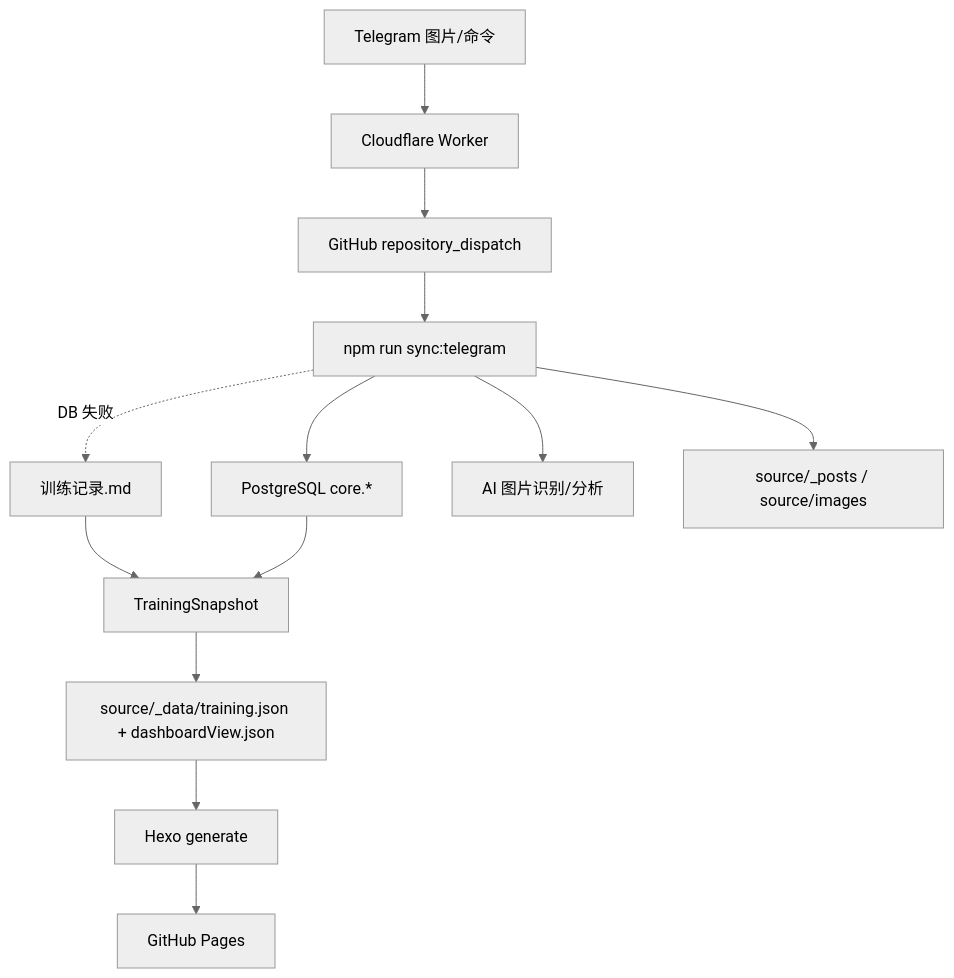
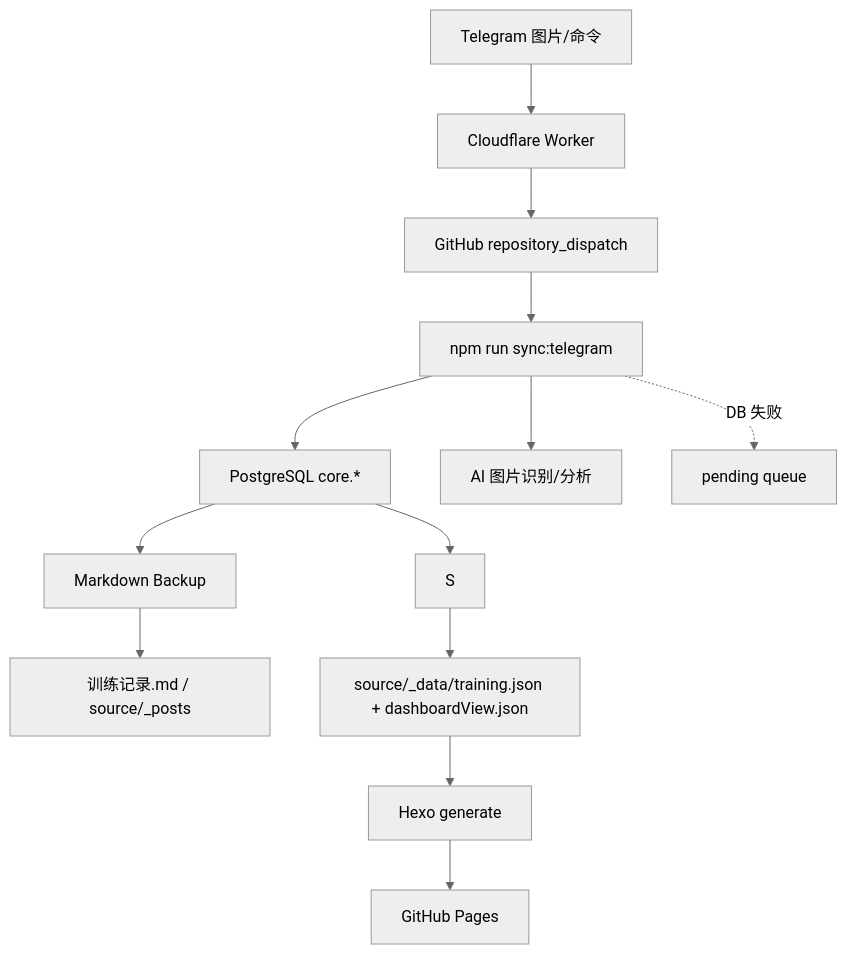
Before and after one commit to soulgo/training_records: the diagram in README.md, drawn with Mermaid (neutral theme). The commit also changed other lines of this file and 38 other files, not shown here.

Commit message:
feat: make database canonical training source

````diff
--- a/README.md
+++ b/README.md
@@ -34,15 +34,15 @@
 ```mermaid
 flowchart TD
-  A["训练记录.md"] --> S["TrainingSnapshot"]
   DB["PostgreSQL core.*"] --> S
   TG["Telegram 图片/命令"] --> W["Cloudflare Worker"]
   W --> GH["GitHub repository_dispatch"]
   GH --> SYNC["npm run sync:telegram"]
   SYNC --> AI["AI 图片识别/分析"]
   SYNC --> DB
-  SYNC -. "DB 失败" .-> A
-  SYNC --> P["source/_posts / source/images"]
+  SYNC -. "DB 失败" .-> Q["pending queue"]
+  DB --> BAK["Markdown Backup"]
+  BAK --> A["训练记录.md / source/_posts"]
   S --> DATA["source/_data/training.json + dashboardView.json"]
   DATA --> HEXO["Hexo generate"]
   HEXO --> PAGES["GitHub Pages"]
 ```
````
